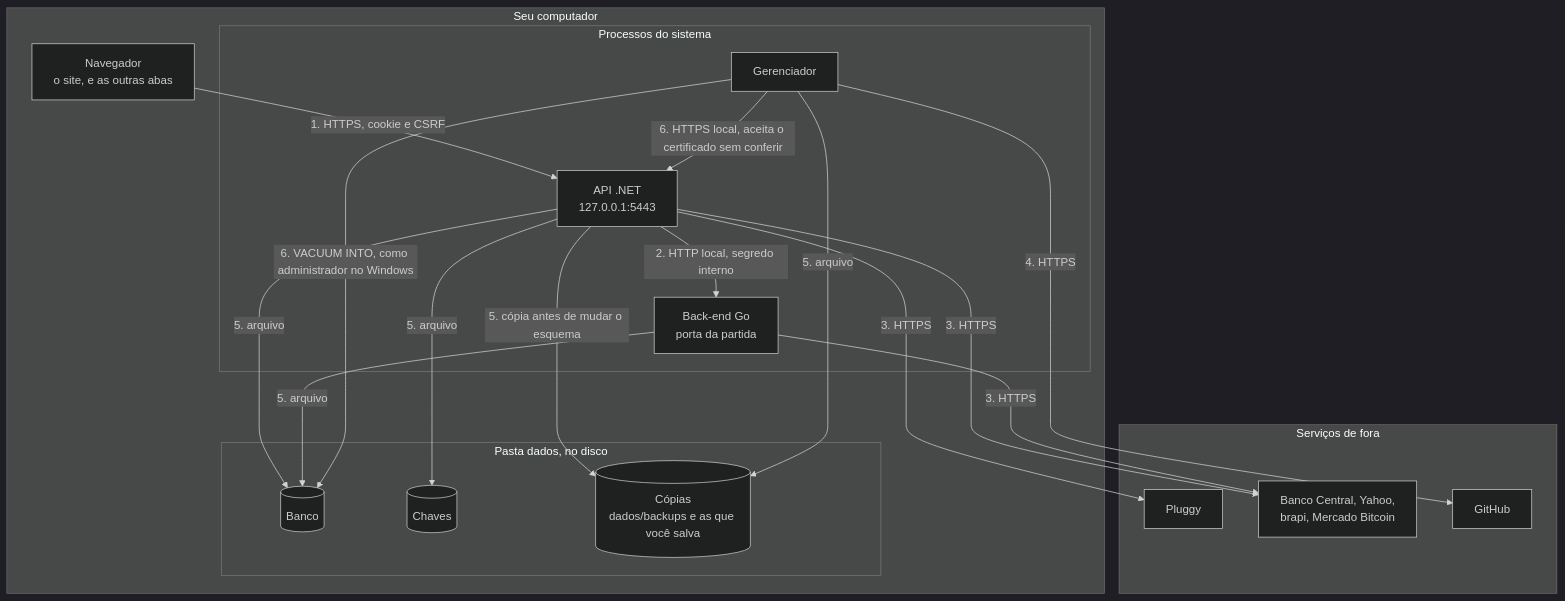
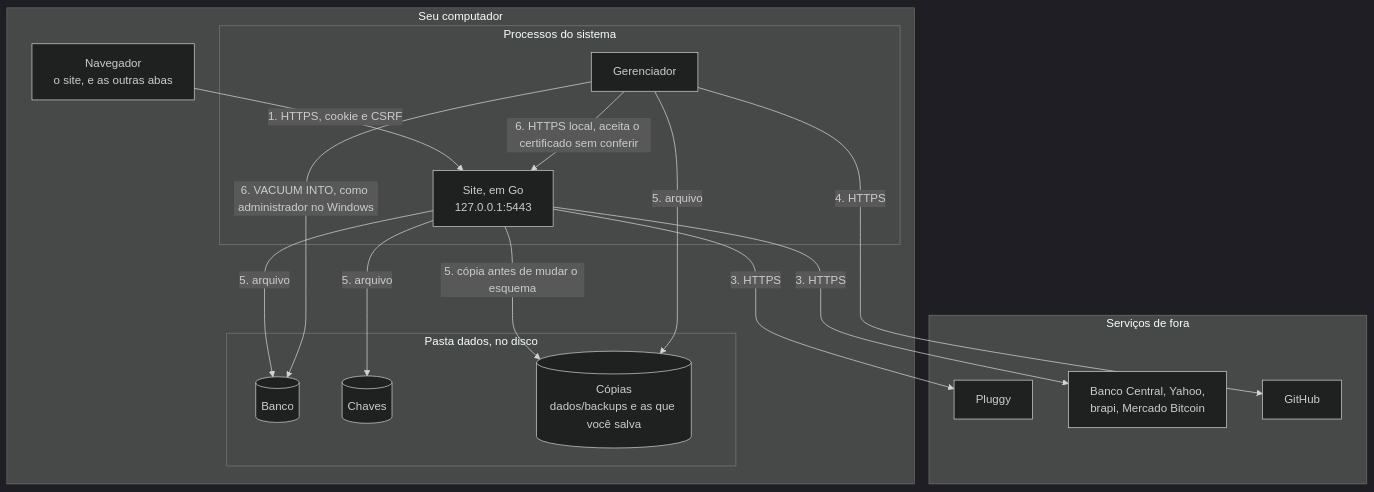
One commit to LucasDesenvGit/financas-local changed the diagram in docs/MODELO-DE-AMEACAS.md. Above: the diagram before and after it, drawn with Mermaid (dark theme). The commit also changed other lines of this file and 28 other files, not shown here.

````diff
--- a/docs/MODELO-DE-AMEACAS.md
+++ b/docs/MODELO-DE-AMEACAS.md
@@ -24,38 +24,34 @@
 ```mermaid
 flowchart TB
     subgraph computador["Seu computador"]
         navegador["Navegador<br/>o site, e as outras abas"]
 
         subgraph processos["Processos do sistema"]
-            api["API .NET<br/>127.0.0.1:5443"]
-            go["Back-end Go<br/>porta da partida"]
+            api["Site, em Go<br/>127.0.0.1:5443"]
             gerenciador["Gerenciador"]
         end
 
         subgraph disco["Pasta dados, no disco"]
             banco[("Banco")]
             chaves[("Chaves")]
             copias[("Cópias<br/>dados/backups e as que você salva")]
         end
     end
 
     subgraph internet["Serviços de fora"]
         pluggy["Pluggy"]
         cotacoes["Banco Central, Yahoo,<br/>brapi, Mercado Bitcoin"]
         github["GitHub"]
     end
 
     navegador -- "1. HTTPS, cookie e CSRF" --> api
-    api -- "2. HTTP local, segredo interno" --> go
     api -- "3. HTTPS" --> pluggy
     api -- "3. HTTPS" --> cotacoes
-    go -- "3. HTTPS" --> cotacoes
     gerenciador -- "4. HTTPS" --> github
     api -- "5. arquivo" --> banco
-    go -- "5. arquivo" --> banco
     api -- "5. arquivo" --> chaves
     api -- "5. cópia antes de mudar o esquema" --> copias
     gerenciador -- "5. arquivo" --> copias
     gerenciador -- "6. HTTPS local, aceita o certificado sem conferir" --> api
     gerenciador -- "6. VACUUM INTO, como administrador no Windows" --> banco
 ```
````
